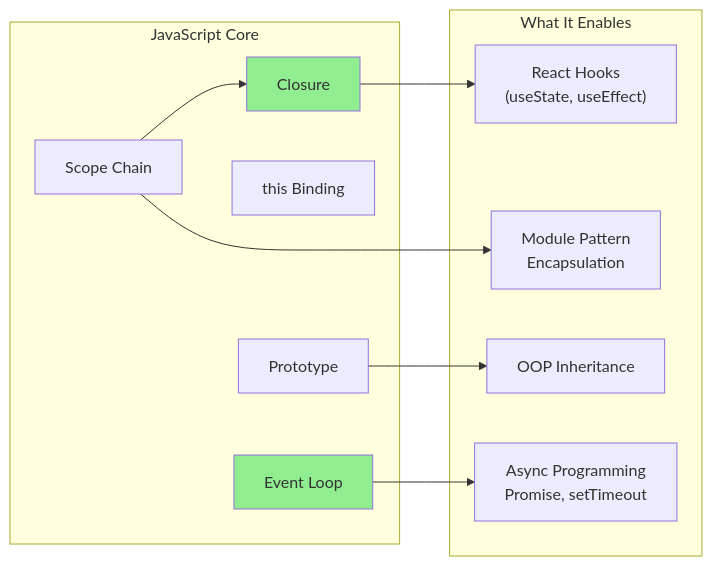
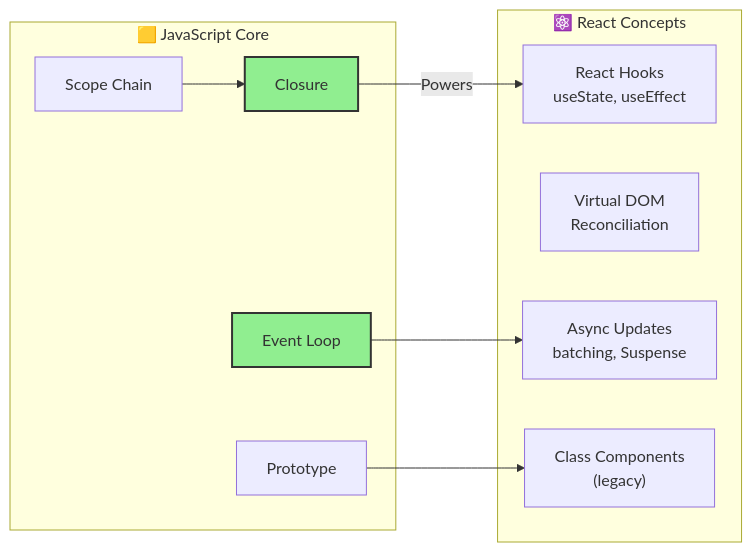
The sixth of 9 diagrams in docs/modules/00-knowledge-map.md (Nhi4912/interview-2025), drawn with Mermaid before and after one commit. The commit also changed other lines of this file and 29 other files, not shown here.

````diff
--- a/docs/modules/00-knowledge-map.md
+++ b/docs/modules/00-knowledge-map.md
@@ -57,26 +272,24 @@
 ```mermaid
 flowchart LR
-    subgraph JSCore["JavaScript Core"]
-        Closure["Closure"]
-        Scope["Scope Chain"]
-        This["this Binding"]
-        Proto["Prototype"]
-        EventLoop2["Event Loop"]
+    subgraph JSCore["🟨 JavaScript Core"]
+        Closure2["Closure"]
+        Scope2["Scope Chain"]
+        EventLoop3["Event Loop"]
+        Proto2["Prototype"]
     end
 
-    subgraph Impacts["What It Enables"]
-        Hooks["React Hooks<br/>(useState, useEffect)"]
-        Module["Module Pattern<br/>Encapsulation"]
-        Inheritance["OOP Inheritance"]
-        Async["Async Programming<br/>Promise, setTimeout"]
+    subgraph ReactConcepts["⚛️ React Concepts"]
+        Hooks2["React Hooks<br/>useState, useEffect"]
+        VDOM["Virtual DOM<br/>Reconciliation"]
+        Async2["Async Updates<br/>batching, Suspense"]
+        Class2["Class Components<br/>(legacy)"]
     end
 
-    Closure --> Hooks
-    Scope --> Closure
-    Scope --> Module
-    Proto --> Inheritance
-    EventLoop2 --> Async
+    Closure2 -->|"Powers"| Hooks2
+    Scope2 --> Closure2
+    EventLoop3 --> Async2
+    Proto2 --> Class2
 
-    style Closure fill:#90EE90
-    style EventLoop2 fill:#90EE90
+    style Closure2 fill:#90EE90,stroke:#333,stroke-width:2px
+    style EventLoop3 fill:#90EE90,stroke:#333,stroke-width:2px
 ```
````
